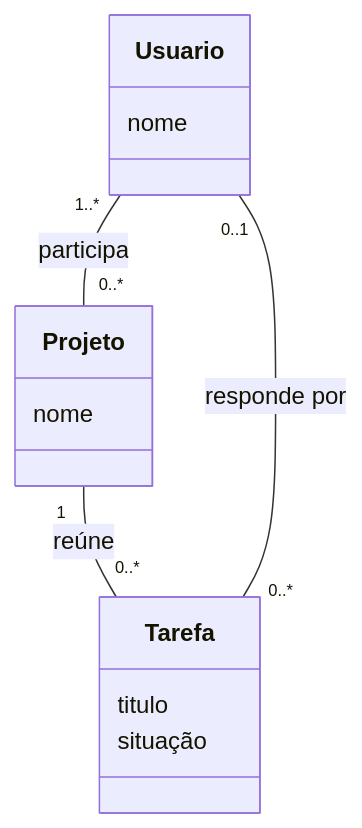
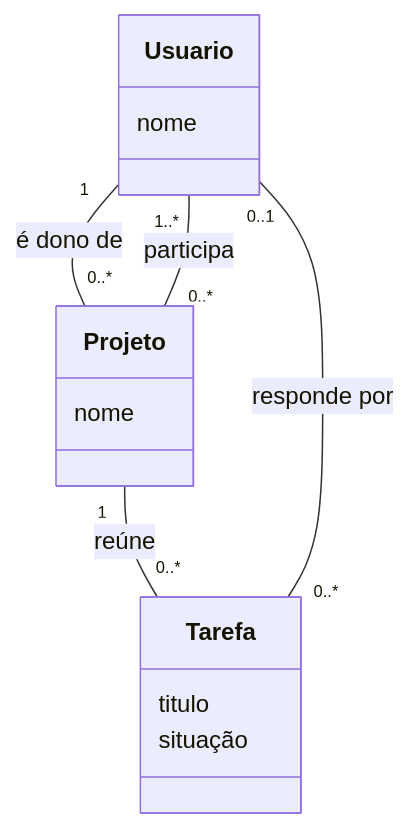
One commit to lambdageo-edu/book-engenharia-de-software changed the third of 3 diagrams in docs/capitulos/03_especificacao_requisitos.md. Above: the diagram before and after it, drawn with Mermaid. The commit also changed other lines of this file and 8 other files, not shown here.

````diff
--- a/docs/capitulos/03_especificacao_requisitos.md
+++ b/docs/capitulos/03_especificacao_requisitos.md
@@ -216,17 +229,18 @@
 ```mermaid
 classDiagram
     direction TB
     class Usuario {
         nome
     }
     class Projeto {
         nome
     }
     class Tarefa {
         titulo
         situação
     }
+    Usuario "1" -- "0..*" Projeto : é dono de
     Usuario "1..*" -- "0..*" Projeto : participa
     Projeto "1" -- "0..*" Tarefa : reúne
     Usuario "0..1" -- "0..*" Tarefa : responde por
 ```
````
